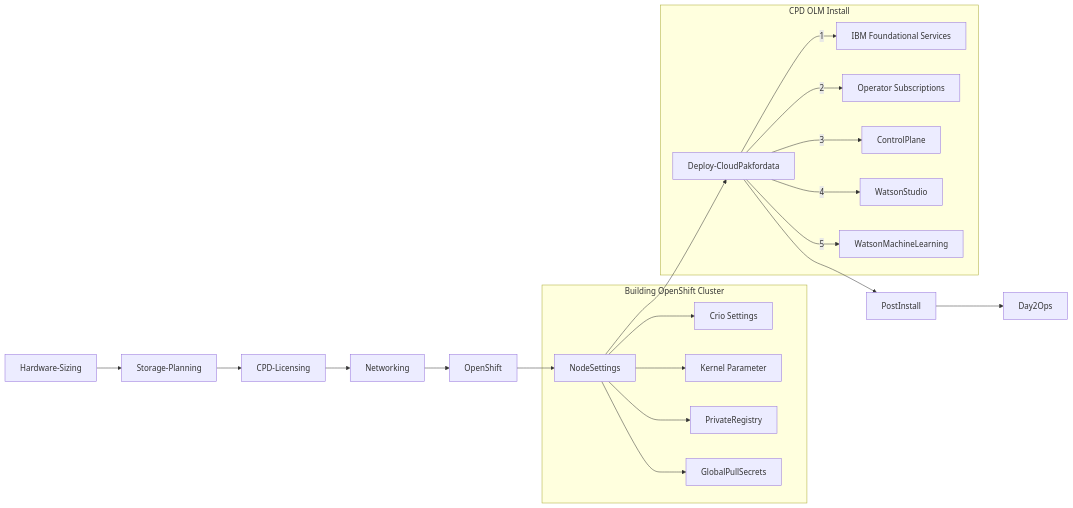
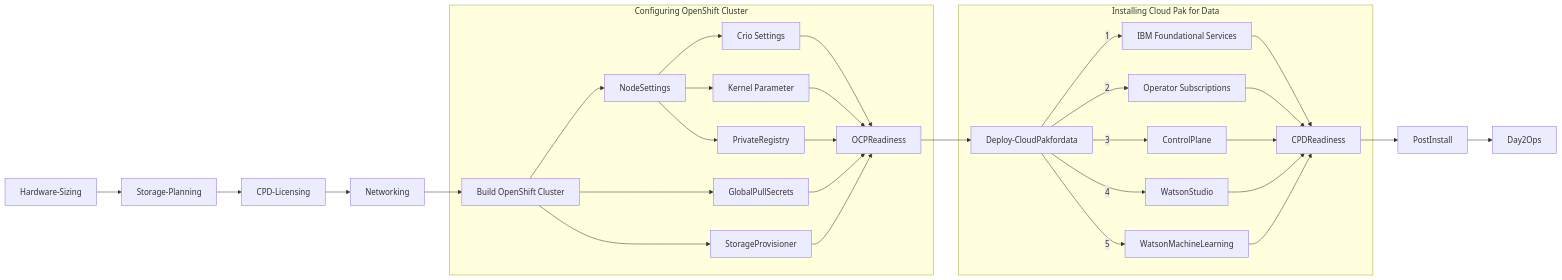
One commit to ekambaraml/IBM-Cloud-Pak-for-Data changed the first of 2 diagrams in cpd45-deployment.md. Above: the diagram before and after it, drawn with Mermaid. The commit also changed other lines of this file, not shown here.

````diff
--- a/cpd45-deployment.md
+++ b/cpd45-deployment.md
@@ -87,28 +87,40 @@
 ```mermaid
 graph LR
     
     Hardware-Sizing --> Storage-Planning
     Storage-Planning --> CPD-Licensing
     CPD-Licensing -->  Networking
-    Networking --> OpenShift
-    OpenShift --> NodeSettings
-    NodeSettings --> Deploy-CloudPakfordata
-    Deploy-CloudPakfordata --> PostInstall
+    Networking --> OpenShift[Build OpenShift Cluster]
+    CPDReadiness --> PostInstall
     PostInstall-->Day2Ops
     
-    subgraph OCP[Building OpenShift Cluster]
+    subgraph OCP[Configuring OpenShift Cluster]
+    OpenShift --> NodeSettings
+    OpenShift --> StorageProvisioner
+    OpenShift --> GlobalPullSecrets
     NodeSettings --> CRIO[Crio Settings]
     NodeSettings --> Kernel[Kernel Parameter]
     NodeSettings --> PrivateRegistry
-    NodeSettings --> GlobalPullSecrets
+
+    CRIO[Crio Settings] -->OCPReadiness
+    Kernel[Kernel Parameter] -->OCPReadiness
+    PrivateRegistry  -->OCPReadiness
+    GlobalPullSecrets   -->OCPReadiness
+    StorageProvisioner   -->OCPReadiness
     end
     
-    subgraph OLM[CPD OLM Install]
+    OCPReadiness  --> Deploy-CloudPakfordata
+    subgraph OLM[Installing Cloud Pak for Data]
     Deploy-CloudPakfordata -->|1| Foundation[IBM Foundational Services]
     Deploy-CloudPakfordata -->|2| Operators[Operator Subscriptions]
     Deploy-CloudPakfordata -->|3| ControlPlane
     Deploy-CloudPakfordata -->|4| WatsonStudio
     Deploy-CloudPakfordata -->|5| WatsonMachineLearning
+    Foundation --> CPDReadiness
+    Operators  --> CPDReadiness
+    ControlPlane  --> CPDReadiness
+    WatsonStudio  --> CPDReadiness
+    WatsonMachineLearning  --> CPDReadiness
     end
 
 ```
````
